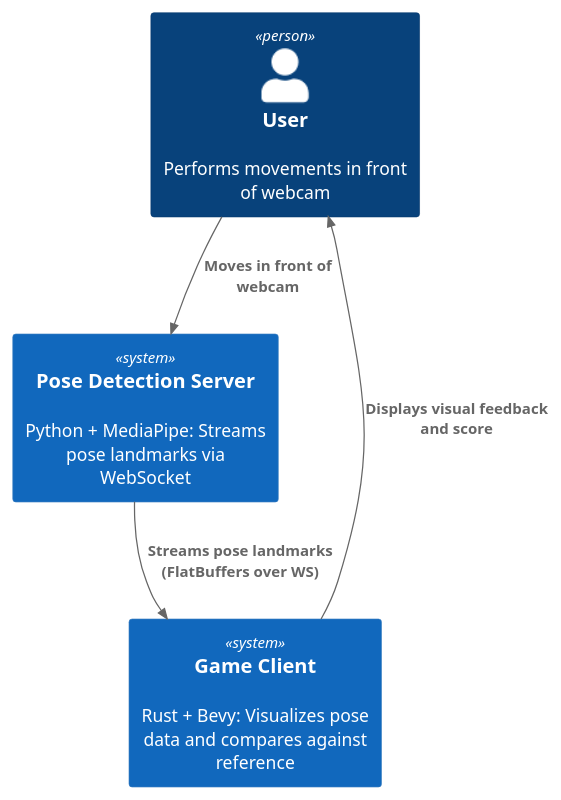
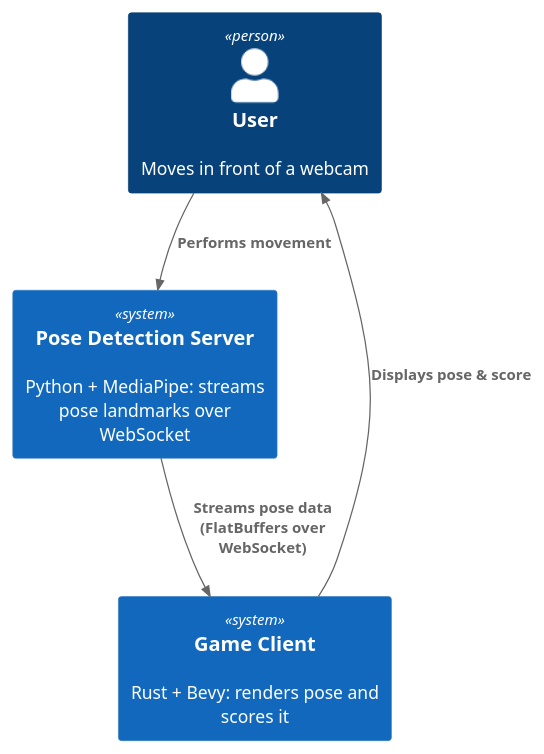
The diagram in docs/arch/diagrams/c4-level-1-system-context.puml (tobiaslocker/pose), drawn with PlantUML before and after one commit. The commit also changed 6 other files, not shown here.

```diff
--- a/docs/arch/diagrams/c4-level-1-system-context.puml
+++ b/docs/arch/diagrams/c4-level-1-system-context.puml
@@ -1,13 +1,13 @@
 @startuml
 !includeurl https://raw.githubusercontent.com/plantuml-stdlib/C4-PlantUML/master/C4_Context.puml
 
-Person(user, "User", "Performs movements in front of webcam")
+Person(user, "User", "Moves in front of a webcam")
 
-System(gameClient, "Game Client", "Rust + Bevy: Visualizes pose data and compares against reference")
+System(gameClient, "Game Client", "Rust + Bevy: renders pose and scores it")
+System(poseServer, "Pose Detection Server", "Python + MediaPipe: streams pose landmarks over WebSocket")
 
-System(poseServer, "Pose Detection Server", "Python + MediaPipe: Streams pose landmarks via WebSocket")
+Rel(user, poseServer, "Performs movement")
+Rel(poseServer, gameClient, "Streams pose data (FlatBuffers over WebSocket)")
+Rel(gameClient, user, "Displays pose & score")
 
-Rel(user, poseServer, "Moves in front of webcam")
-Rel(poseServer, gameClient, "Streams pose landmarks (FlatBuffers over WS)")
-Rel(gameClient, user, "Displays visual feedback and score")
 @enduml
```
